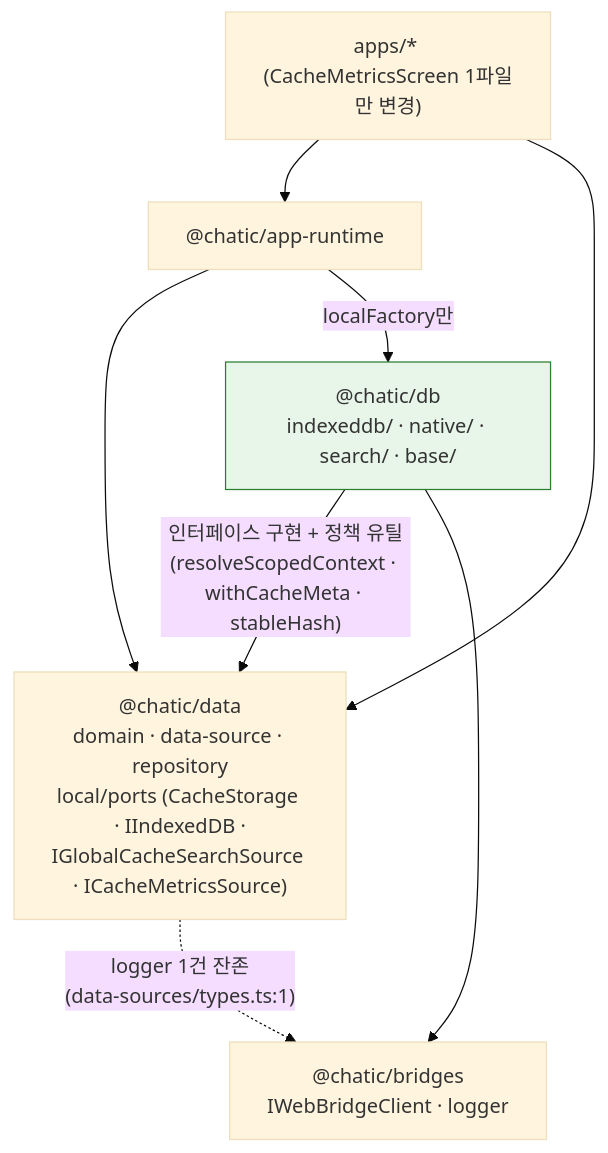
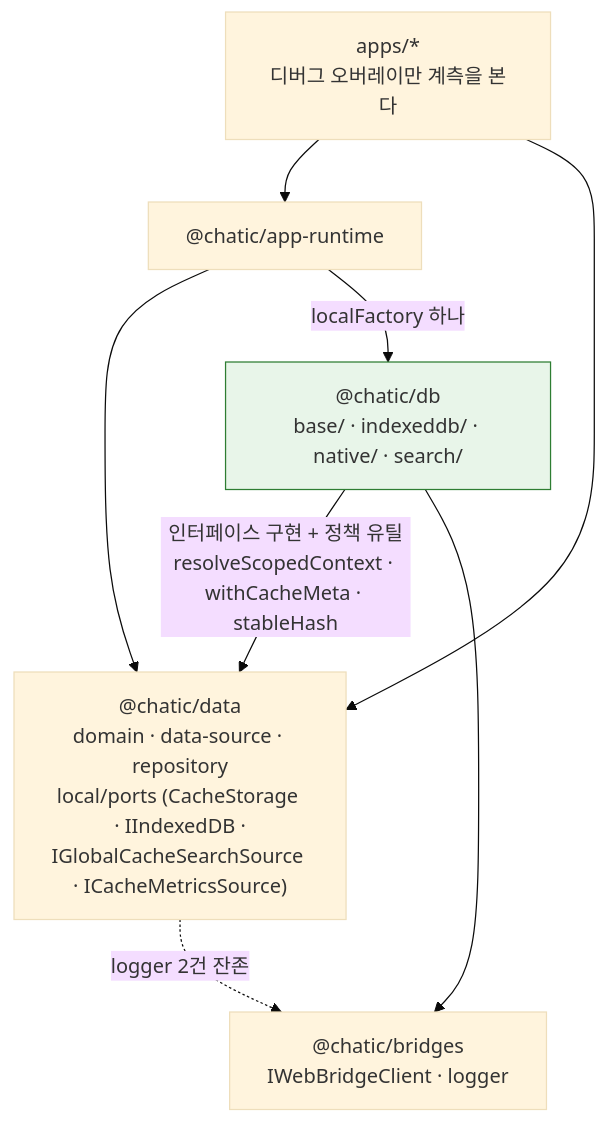
The first of 2 diagrams in libs/db/docs/architecture.md (lemoncloud-io/dou-app), drawn with Mermaid (base theme) before and after one commit. The commit also changed other lines of this file and 1 other file, not shown here.

````diff
--- a/libs/db/docs/architecture.md
+++ b/libs/db/docs/architecture.md
@@ -113,12 +84,12 @@
 ```mermaid
 graph TD
-    A["apps/* (CacheMetricsScreen 1파일만 변경)"] --> RT["@chatic/app-runtime"]
+    A["apps/*<br/>디버그 오버레이만 계측을 본다"] --> RT["@chatic/app-runtime"]
     A --> D["@chatic/data<br/>domain · data-source · repository<br/>local/ports (CacheStorage · IIndexedDB ·<br/>IGlobalCacheSearchSource · ICacheMetricsSource)"]
     RT --> D
-    RT -->|"localFactory만"| DB["@chatic/db<br/>indexeddb/ · native/ · search/ · base/"]
-    DB -->|"인터페이스 구현 + 정책 유틸<br/>(resolveScopedContext · withCacheMeta · stableHash)"| D
+    RT -->|"localFactory 하나"| DB["@chatic/db<br/>base/ · indexeddb/ · native/ · search/"]
+    DB -->|"인터페이스 구현 + 정책 유틸<br/>resolveScopedContext · withCacheMeta · stableHash"| D
     DB --> BR["@chatic/bridges<br/>IWebBridgeClient · logger"]
-    D -.->|"logger 1건 잔존<br/>(data-sources/types.ts:1)"| BR
+    D -.->|"logger 2건 잔존"| BR
 
     style DB fill:#e8f5e9,stroke:#2e7d32
 ```
````
